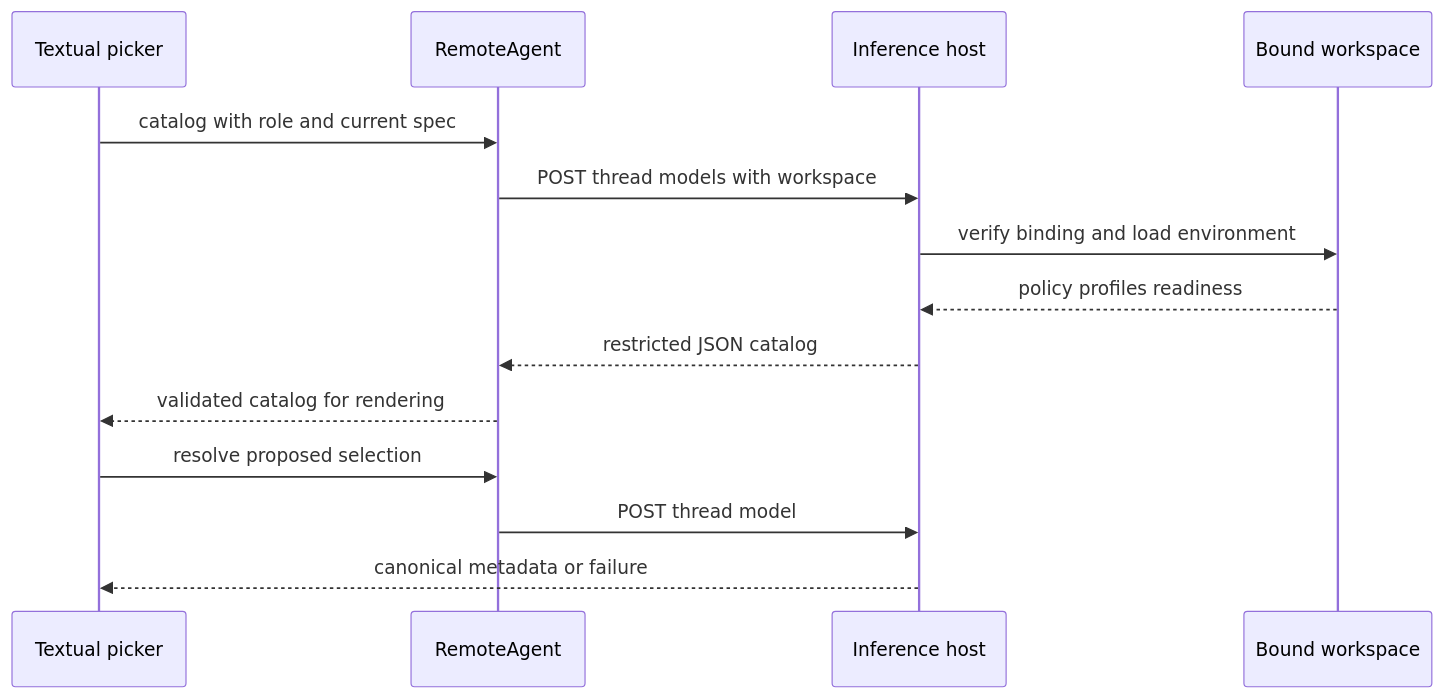
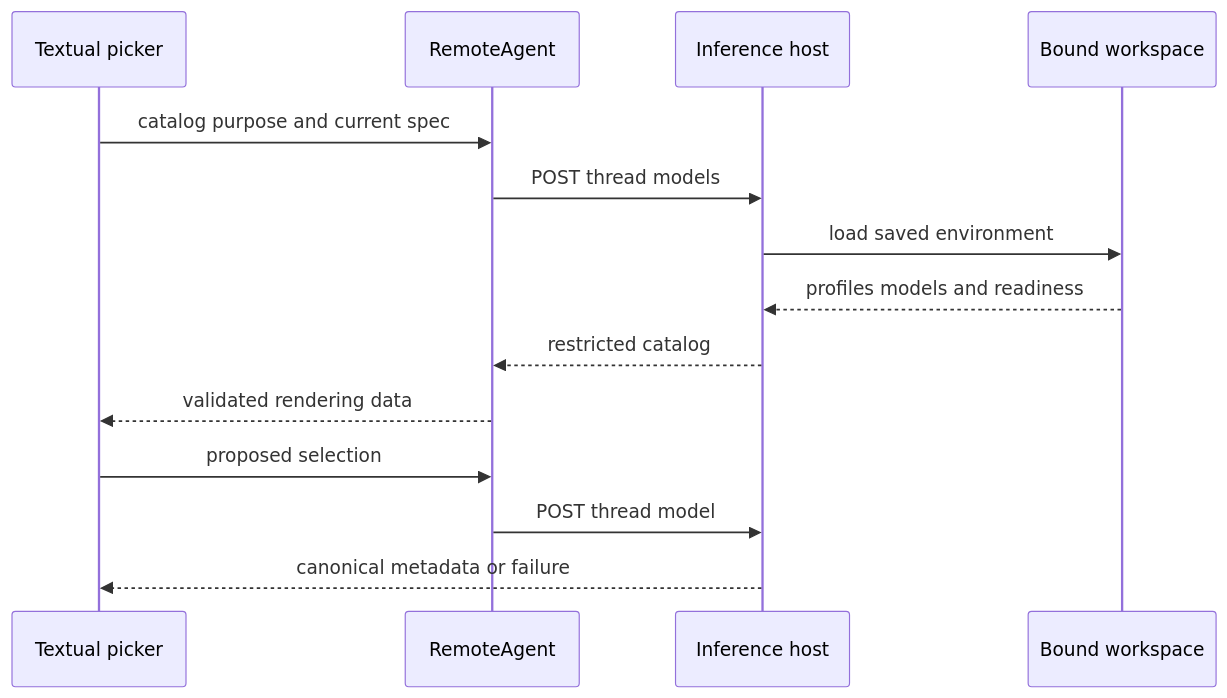
The first of 3 diagrams in openwiki/testing/testing-guide.md (langchain-ai/deepagents), drawn with Mermaid before and after one commit. The commit also changed other lines of this file and 28 other files, not shown here.

````diff
--- a/openwiki/testing/testing-guide.md
+++ b/openwiki/testing/testing-guide.md
@@ -62,16 +111,16 @@
 ```mermaid
 sequenceDiagram
     participant Picker as Textual picker
     participant Client as RemoteAgent
     participant Host as Inference host
     participant Workspace as Bound workspace
-    Picker->>Client: catalog with role and current spec
-    Client->>Host: POST thread models with workspace
-    Host->>Workspace: verify binding and load environment
-    Workspace-->>Host: policy profiles readiness
-    Host-->>Client: restricted JSON catalog
-    Client-->>Picker: validated catalog for rendering
-    Picker->>Client: resolve proposed selection
+    Picker->>Client: catalog purpose and current spec
+    Client->>Host: POST thread models
+    Host->>Workspace: load saved environment
+    Workspace-->>Host: profiles models and readiness
+    Host-->>Client: restricted catalog
+    Client-->>Picker: validated rendering data
+    Picker->>Client: proposed selection
     Client->>Host: POST thread model
     Host-->>Picker: canonical metadata or failure
 ```
````
